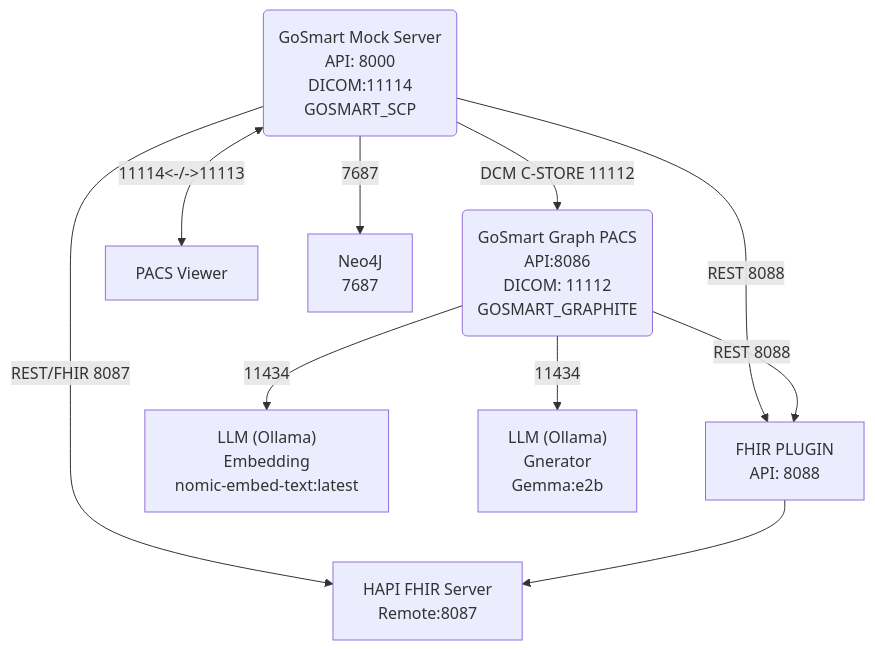
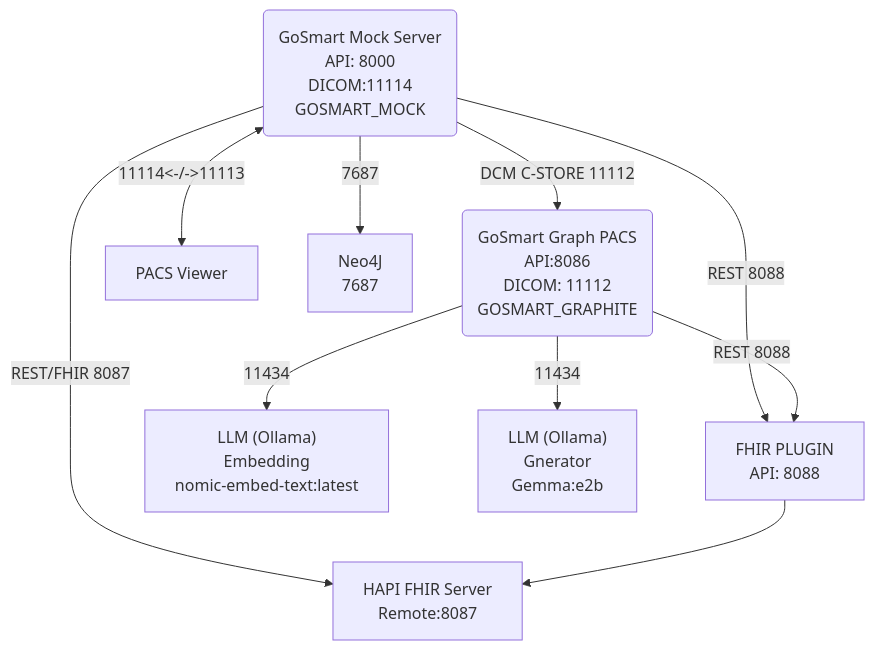
Before and after one commit to gosmart-health/gosmart-graphite: the first of 2 diagrams in README.md, drawn with Mermaid.

Commit message:
(fix) align README mock server AE title
- Update service diagram to use `GOSMART_MOCK` for the GoSmart Mock Server
- Adjust REST link formatting in the Mermaid diagram

````diff
--- a/README.md
+++ b/README.md
@@ -963,14 +963,15 @@
 ```mermaid
 flowchart TD
-    n2["GoSmart Mock Server<br>API: 8000<br>DICOM:11114<br>GOSMART_SCP"] -- REST 8088 --> n3["FHIR PLUGIN<br>API: 8088"]
+    n2["GoSmart Mock Server<br>API: 8000<br>DICOM:11114<br>GOSMART_MOCK"] -- 
+REST 8088 --> n3["FHIR PLUGIN<br>API: 8088"]
     n2 -- REST/FHIR 8087 --> n4["HAPI FHIR Server<br>Remote:8087"]
     n1["GoSmart Graph PACS<br>API:8086<br>DICOM: 11112<br>GOSMART_GRAPHITE"] -- 
 REST 8088 --> n3
     n2 -- " DCM C-STORE 11112 " --> n1
     n3 --> n4
     n2 <-- " 11114&lt;-/-&gt;11113 " --> n5["PACS Viewer"]
     n2 -- 7687 --> n6["Neo4J<br>7687"]
     n1 -- 11434 --> n7["LLM (Ollama)<br>Embedding<br>nomic-embed-text:latest"] & n8["LLM (Ollama)<br>Gnerator<br>Gemma:e2b"]
     n2@{ shape: rounded}
     n1@{ shape: rounded}
 ```
````
